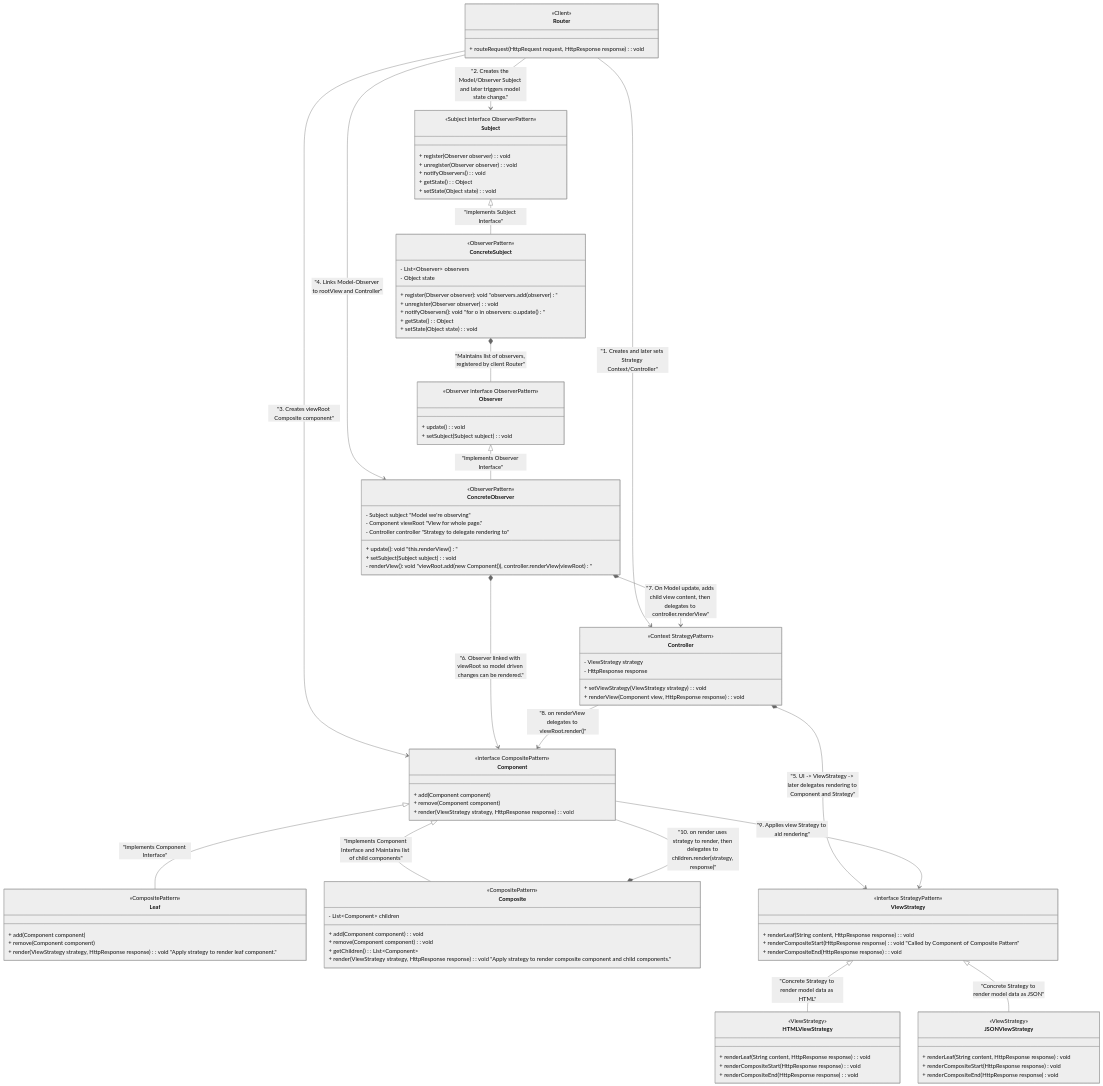
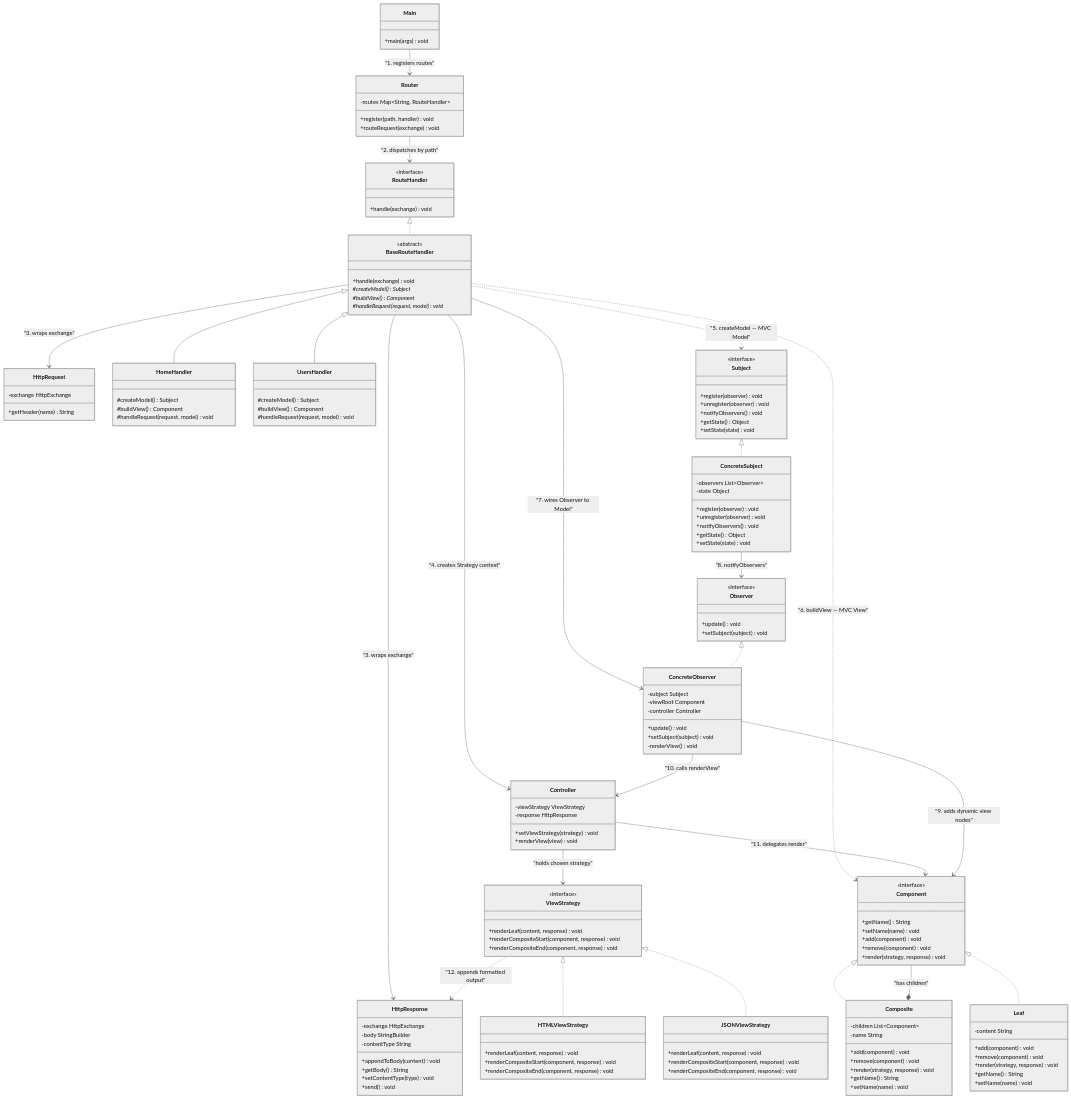
The diagram in planning/UML.mermaid (THartmanOfTheRedwoods/MVC_ObserverCompositeStrategy), drawn with Mermaid (neutral theme) before and after one commit.

Commit message:
Attempt to update uml for this simple MVC framework.

```diff
--- a/planning/UML.mermaid
+++ b/planning/UML.mermaid
@@ -1,111 +1,212 @@
 classDiagram
-    class Subject {
-<<Subject interface ObserverPattern>>
-+ register(Observer observer): void
-+ unregister(Observer observer): void
-+ notifyObservers(): void
-+ getState(): Object
-+ setState(Object state): void
+    direction TB
+
+%% ═══════════════════════════════════════════════════════════════
+%%  STYLE DEFINITIONS
+%%  Pattern colors: gray=infra, purple=Template Method,
+%%  green=Strategy, blue=Composite, amber=Observer
+%% ═══════════════════════════════════════════════════════════════
+
+classDef infraDef     fill:#f3f4f6,stroke:#6b7280,color:#1f2937
+classDef templateDef  fill:#ede9fe,stroke:#7c3aed,color:#3b0764
+classDef strategyDef  fill:#d1fae5,stroke:#065f46,color:#022c22
+classDef compositeDef fill:#dbeafe,stroke:#1d4ed8,color:#1e3a5f
+classDef observerDef  fill:#fef3c7,stroke:#b45309,color:#451a03
+
+%% ═══════════════════════════════════════════════════════════════
+%%  INFRASTRUCTURE  (gray)
+%% ═══════════════════════════════════════════════════════════════
+
+class Main:::infraDef {
++main(args) void
 }
 
-class ConcreteSubject {
-<<ObserverPattern>>
-- List~Observer~ observers
-- Object state
-+ register(Observer observer): void "observers.add(observer)"
-+ unregister(Observer observer): void
-+ notifyObservers(): void "for o in observers: o.update()"
-+ getState(): Object
-+ setState(Object state): void
+class Router:::infraDef {
+-routes Map~String, RouteHandler~
++register(path, handler) void
++routeRequest(exchange) void
 }
 
-class Observer {
-<<Observer interface ObserverPattern>>
-+ update(): void
-+ setSubject(Subject subject): void
+class HttpRequest:::infraDef {
+-exchange HttpExchange
++getHeader(name) String
 }
 
-class ConcreteObserver {
-<<ObserverPattern>>
-- Subject subject "Model we're observing"
-- Component viewRoot "View for whole page."
-- Controller controller "Strategy to delegate rendering to"
-+ update(): void "this.renderView()"
-+ setSubject(Subject subject): void
-- renderView(): void "viewRoot.add(new Component()), controller.renderView(viewRoot)"
+class HttpResponse:::infraDef {
+-exchange HttpExchange
+-body StringBuilder
+-contentType String
++appendToBody(content) void
++getBody() String
++setContentType(type) void
++send() void
 }
 
-class Component {
-<<interface CompositePattern>>
-+ add(Component component)
-+ remove(Component component)
-+ render(ViewStrategy strategy, HttpResponse response): void
+%% ═══════════════════════════════════════════════════════════════
+%%  TEMPLATE METHOD PATTERN  (purple) — MVC Controller layer
+%%  handle() is the invariant skeleton.
+%%  createModel / buildView / handleRequest are subclass hot-spots.
+%% ═══════════════════════════════════════════════════════════════
+
+class RouteHandler:::templateDef {
+<<interface>>
++handle(exchange) void
 }
 
-class Leaf {
-<<CompositePattern>>
-+ add(Component component)
-+ remove(Component component)
-+ render(ViewStrategy strategy, HttpResponse response): void "Apply strategy to render leaf component."
+class BaseRouteHandler:::templateDef {
+<<abstract>>
++handle(exchange) void
+#createModel() Subject*
+#buildView() Component*
+#handleRequest(request, model) void*
 }
 
-class Composite {
-<<CompositePattern>>
-- List~Component~ children
-+ add(Component component): void
-+ remove(Component component): void
-+ getChildren(): List~Component~
-+ render(ViewStrategy strategy, HttpResponse response): void "Apply strategy to render composite component and child components."
+class HomeHandler:::templateDef {
+#createModel() Subject
+#buildView() Component
+#handleRequest(request, model) void
 }
 
-class ViewStrategy {
-<<interface StrategyPattern>>
-+ renderLeaf(String content, HttpResponse response): void
-+ renderCompositeStart(HttpResponse response): void "Called by Component of Composite Pattern"
-+ renderCompositeEnd(HttpResponse response): void
+class UsersHandler:::templateDef {
+#createModel() Subject
+#buildView() Component
+#handleRequest(request, model) void
 }
 
-class HTMLViewStrategy {
-<<ViewStrategy>>
-+ renderLeaf(String content, HttpResponse response): void
-+ renderCompositeStart(HttpResponse response): void
-+ renderCompositeEnd(HttpResponse response): void
+%% ═══════════════════════════════════════════════════════════════
+%%  STRATEGY PATTERN  (green) — MVC View rendering layer
+%%  Controller is the Context. ViewStrategy is the Strategy.
+%% ═══════════════════════════════════════════════════════════════
+
+class Controller:::strategyDef {
+-viewStrategy ViewStrategy
+-response HttpResponse
++setViewStrategy(strategy) void
++renderView(view) void
 }
 
-class JSONViewStrategy {
-<<ViewStrategy>>
-+ renderLeaf(String content, HttpResponse response) void
-+ renderCompositeStart(HttpResponse response) void
-+ renderCompositeEnd(HttpResponse response) void
+class ViewStrategy:::strategyDef {
+<<interface>>
++renderLeaf(content, response) void
++renderCompositeStart(component, response) void
++renderCompositeEnd(component, response) void
 }
 
-class Router {
-<<Client>>
-+ routeRequest(HttpRequest request, HttpResponse response): void
+class HTMLViewStrategy:::strategyDef {
++renderLeaf(content, response) void
++renderCompositeStart(component, response) void
++renderCompositeEnd(component, response) void
 }
 
-class Controller {
-<<Context StrategyPattern>>
-- ViewStrategy strategy
-- HttpResponse response
-+ setViewStrategy(ViewStrategy strategy): void
-+ renderView(Component view, HttpResponse response): void
+class JSONViewStrategy:::strategyDef {
++renderLeaf(content, response) void
++renderCompositeStart(component, response) void
++renderCompositeEnd(component, response) void
 }
 
-Router --> Controller : "1. Creates and later sets Strategy Context/Controller"
-Router --> Subject : "2. Creates the Model/Observer Subject and later triggers model state change."
-Router --> Component : "3. Creates viewRoot Composite component"
-Router --> ConcreteObserver : "4. Links Model-Observer to rootView and Controller"
-Controller *--> ViewStrategy : "5. UI -> ViewStrategy -> later delegates rendering to Component and Strategy"
-ConcreteObserver *--> Component : "6. Observer linked with viewRoot so model driven changes can be rendered."
-ConcreteObserver *--> Controller : "7. On Model update, adds child view content, then delegates to controller.renderView"
-Controller --> Component : "8. on renderView delegates to viewRoot.render()"
-Component --> ViewStrategy : "9. Applies view Strategy to aid rendering"
-Composite *-- Component : "10. on render uses strategy to render, then delegates to children.render(strategy, response)"
-Subject <|-- ConcreteSubject : "implements Subject Interface"
-ConcreteSubject *-- Observer : "Maintains list of observers, registered by client Router"
-Observer <|-- ConcreteObserver: "Implements Observer Interface"
-Component <|-- Composite: "Implements Component Interface and Maintains list of child components"
-Component <|-- Leaf: "Implements Component Interface"
-ViewStrategy <|-- HTMLViewStrategy: "Concrete Strategy to render model data as HTML"
-ViewStrategy <|-- JSONViewStrategy: "Concrete Strategy to render model data as JSON"
+%% ═══════════════════════════════════════════════════════════════
+%%  COMPOSITE PATTERN  (blue) — MVC View structure
+%%  Composite branches; Leaf terminates.
+%%  Both delegate rendering to the chosen ViewStrategy.
+%% ═══════════════════════════════════════════════════════════════
+
+class Component:::compositeDef {
+<<interface>>
++getName() String
++setName(name) void
++add(component) void
++remove(component) void
++render(strategy, response) void
+}
+
+class Composite:::compositeDef {
+-children List~Component~
+-name String
++add(component) void
++remove(component) void
++render(strategy, response) void
++getName() String
++setName(name) void
+}
+
+class Leaf:::compositeDef {
+-content String
++add(component) void
++remove(component) void
++render(strategy, response) void
++getName() String
++setName(name) void
+}
+
+%% ═══════════════════════════════════════════════════════════════
+%%  OBSERVER PATTERN  (amber) — MVC Model-View bridge
+%%  Subject is the Model. ConcreteObserver listens, then re-renders.
+%% ═══════════════════════════════════════════════════════════════
+
+class Subject:::observerDef {
+<<interface>>
++register(observer) void
++unregister(observer) void
++notifyObservers() void
++getState() Object
++setState(state) void
+}
+
+class ConcreteSubject:::observerDef {
+-observers List~Observer~
+-state Object
++register(observer) void
++unregister(observer) void
++notifyObservers() void
++getState() Object
++setState(state) void
+}
+
+class Observer:::observerDef {
+<<interface>>
++update() void
++setSubject(subject) void
+}
+
+class ConcreteObserver:::observerDef {
+-subject Subject
+-viewRoot Component
+-controller Controller
++update() void
++setSubject(subject) void
+-renderView() void
+}
+
+%% ═══════════════════════════════════════════════════════════════
+%%  MVC FLOW  (numbered 1–12, follows one HTTP request)
+%% ═══════════════════════════════════════════════════════════════
+
+Main --> Router       : "1. registers routes"
+Router --> RouteHandler : "2. dispatches by path"
+
+RouteHandler <|.. BaseRouteHandler
+BaseRouteHandler <|-- HomeHandler
+BaseRouteHandler <|-- UsersHandler
+
+BaseRouteHandler --> HttpRequest      : "3. wraps exchange"
+BaseRouteHandler --> HttpResponse     : "3. wraps exchange"
+BaseRouteHandler --> Controller       : "4. creates Strategy context"
+BaseRouteHandler ..> Subject          : "5. createModel — MVC Model"
+BaseRouteHandler ..> Component        : "6. buildView — MVC View"
+BaseRouteHandler --> ConcreteObserver : "7. wires Observer to Model"
+
+ViewStrategy <|.. HTMLViewStrategy
+ViewStrategy <|.. JSONViewStrategy
+Controller --> ViewStrategy : "holds chosen strategy"
+Controller --> Component    : "11. delegates render"
+ViewStrategy ..> HttpResponse : "12. appends formatted output"
+
+Component <|.. Composite
+Component <|.. Leaf
+Composite *-- Component : "has children"
+
+Subject <|.. ConcreteSubject
+Observer <|.. ConcreteObserver
+ConcreteSubject --> Observer  : "8. notifyObservers"
+ConcreteObserver --> Component  : "9. adds dynamic view nodes"
+ConcreteObserver --> Controller : "10. calls renderView"
```
